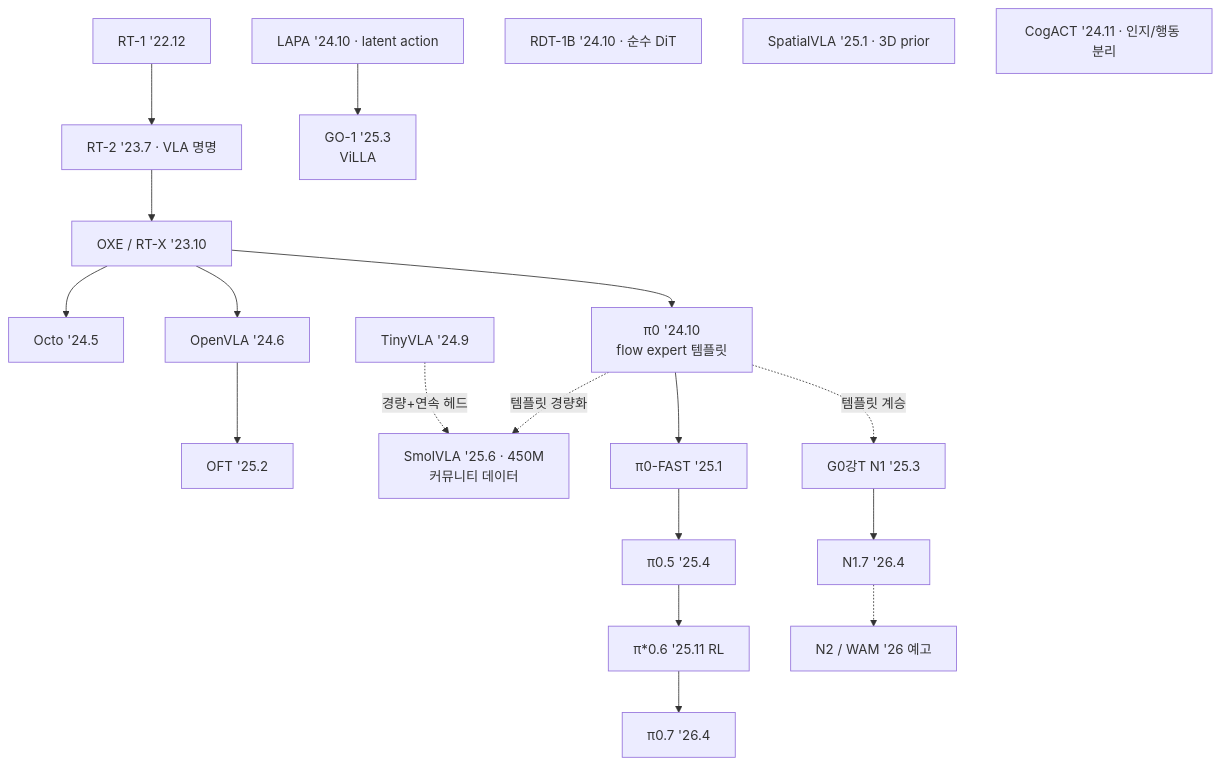
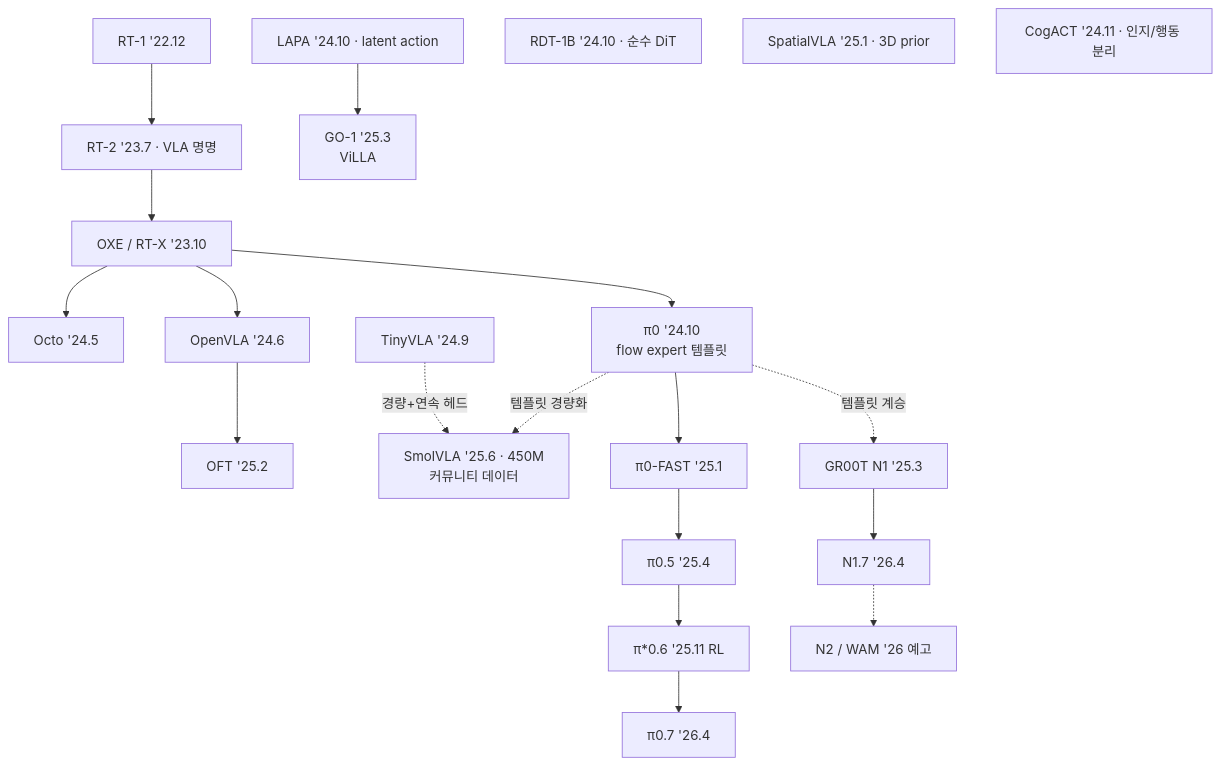
The diagram in part10-vla-lineage/lec47-small-models-lineage.md (HPaper/physical-ai-curriculum), drawn with Mermaid before and after one commit. The commit also changed other lines of this file and 54 other files, not shown here.

````diff
--- a/part10-vla-lineage/lec47-small-models-lineage.md
+++ b/part10-vla-lineage/lec47-small-models-lineage.md
@@ -8,17 +8,17 @@
 ```mermaid
 flowchart TD
     RT1["RT-1 '22.12"] --> RT2["RT-2 '23.7 · VLA 명명"]
     RT2 --> OXE2["OXE / RT-X '23.10"]
     OXE2 --> OCTO2["Octo '24.5"]
     OXE2 --> OV["OpenVLA '24.6"]
     OV --> OFT2["OFT '25.2"]
     OXE2 --> P0X["π0 '24.10<br/>flow expert 템플릿"]
     TV["TinyVLA '24.9"] -.->|"경량+연속 헤드"| SV["SmolVLA '25.6 · 450M<br/>커뮤니티 데이터"]
     P0X -.->|"템플릿 경량화"| SV
     P0X --> FAST2["π0-FAST '25.1"] --> P05X["π0.5 '25.4"] --> P06X["π*0.6 '25.11 RL"] --> P07X["π0.7 '26.4"]
-    P0X -.->|"템플릿 계승"| GN1["G0강T N1 '25.3"] --> GN17["N1.7 '26.4"] -.-> N2X["N2 / WAM '26 예고"]
+    P0X -.->|"템플릿 계승"| GN1["GR00T N1 '25.3"] --> GN17["N1.7 '26.4"] -.-> N2X["N2 / WAM '26 예고"]
     LAPA2["LAPA '24.10 · latent action"] --> GO1X["GO-1 '25.3<br/>ViLLA"]
     RDT["RDT-1B '24.10 · 순수 DiT"]
     SP["SpatialVLA '25.1 · 3D prior"]
     CA["CogACT '24.11 · 인지/행동 분리"]
 ```
````
